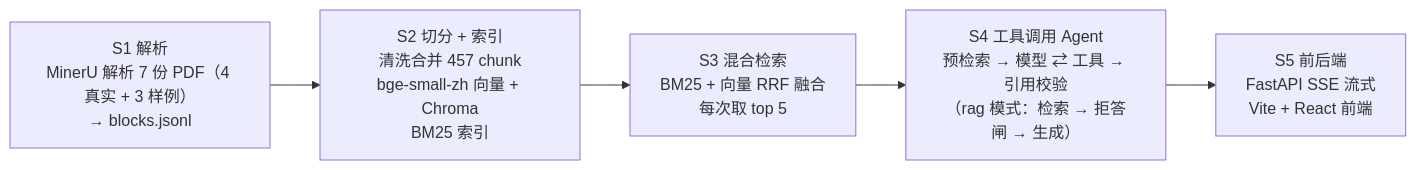
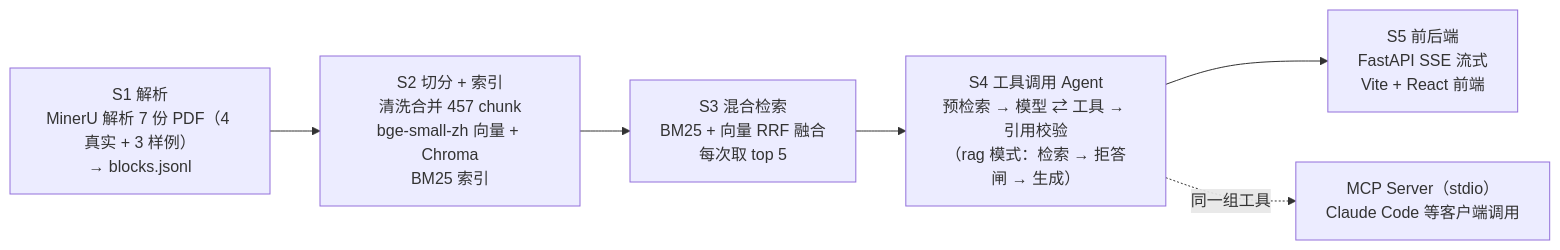
Before and after one commit to Liukrin/machine-AI: the diagram in README.md, drawn with Mermaid. The commit also changed other lines of this file and 11 other files, not shown here.

Commit message:
mcp: 五个工具以 MCP Server 提供（官方 Python SDK 2.2，stdio），与 Agent 共用工具定义和执行器；.mcp.json 接入 Claude Code，自检脚本 15 项；README 加 MCP 与「用 Claude Code 开发」两节

````diff
--- a/README.md
+++ b/README.md
@@ -45,7 +45,8 @@
 ```mermaid
 flowchart LR
     A["S1 解析<br/>MinerU 解析 7 份 PDF（4 真实 + 3 样例）<br/>→ blocks.jsonl"] --> B["S2 切分 + 索引<br/>清洗合并 457 chunk<br/>bge-small-zh 向量 + Chroma<br/>BM25 索引"]
     B --> C["S3 混合检索<br/>BM25 + 向量 RRF 融合<br/>每次取 top 5"]
     C --> D["S4 工具调用 Agent<br/>预检索 → 模型 ⇄ 工具 → 引用校验<br/>（rag 模式：检索 → 拒答闸 → 生成）"]
     D --> E["S5 前后端<br/>FastAPI SSE 流式<br/>Vite + React 前端"]
+    D -. 同一组工具 .-> F["MCP Server（stdio）<br/>Claude Code 等客户端调用"]
 ```
````
